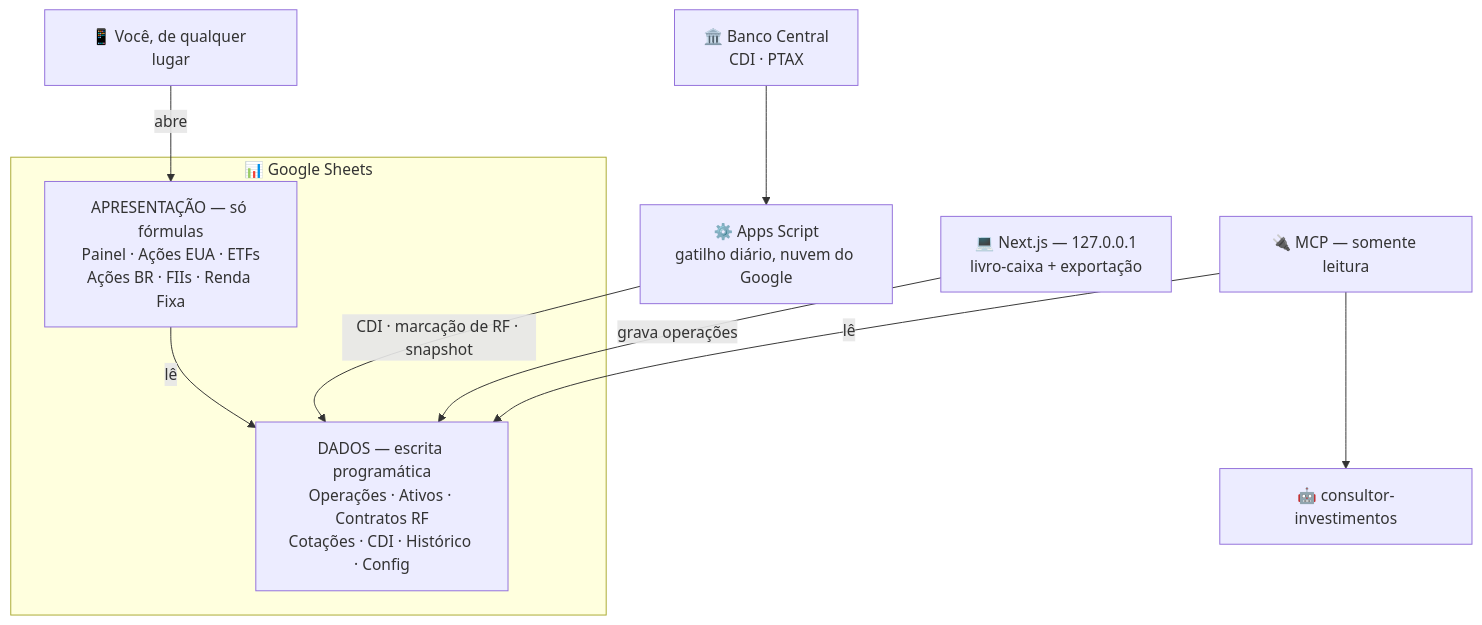
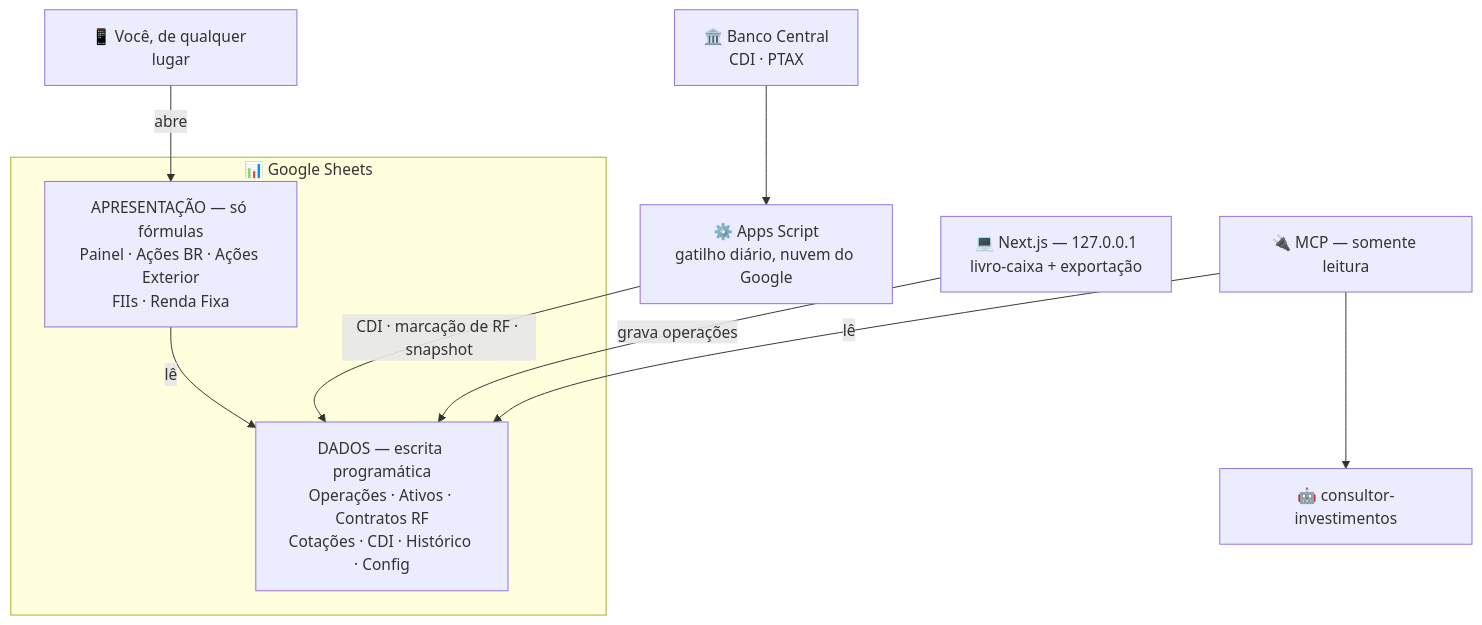
Before and after one commit to JotaEspig/octopus-investments-manager: the diagram in README.md, drawn with Mermaid. The commit also changed 19 other files, not shown here.

````diff
--- a/README.md
+++ b/README.md
@@ -36,23 +36,23 @@
 ```mermaid
 flowchart TB
     phone["📱 Você, de qualquer lugar"]
     bcb["🏛️ Banco Central<br/>CDI · PTAX"]
 
     subgraph sheets["📊 Google Sheets"]
-        views["APRESENTAÇÃO — só fórmulas<br/>Painel · Ações EUA · ETFs<br/>Ações BR · FIIs · Renda Fixa"]
+        views["APRESENTAÇÃO — só fórmulas<br/>Painel · Ações BR · Ações Exterior<br/>FIIs · Renda Fixa"]
         data["DADOS — escrita programática<br/>Operações · Ativos · Contratos RF<br/>Cotações · CDI · Histórico · Config"]
         views -->|lê| data
     end
 
     script["⚙️ Apps Script<br/>gatilho diário, nuvem do Google"]
     app["💻 Next.js — 127.0.0.1<br/>livro-caixa + exportação"]
     mcp["🔌 MCP — somente leitura"]
     agent["🤖 consultor-investimentos"]
 
     phone -->|abre| views
     bcb --> script
     script -->|CDI · marcação de RF · snapshot| data
     app -->|grava operações| data
     mcp -->|lê| data
     mcp --> agent
 ```
````
